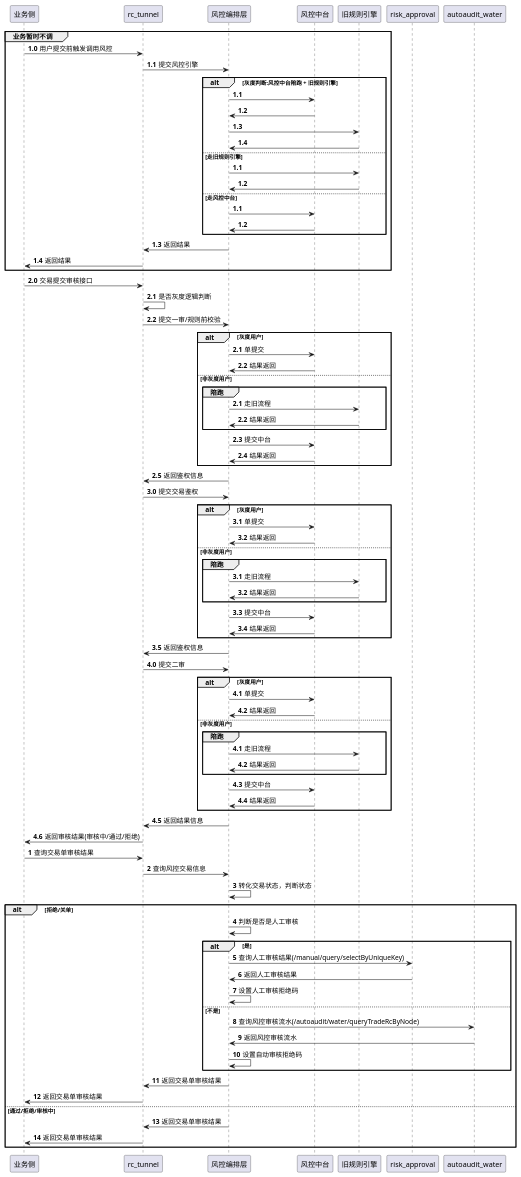
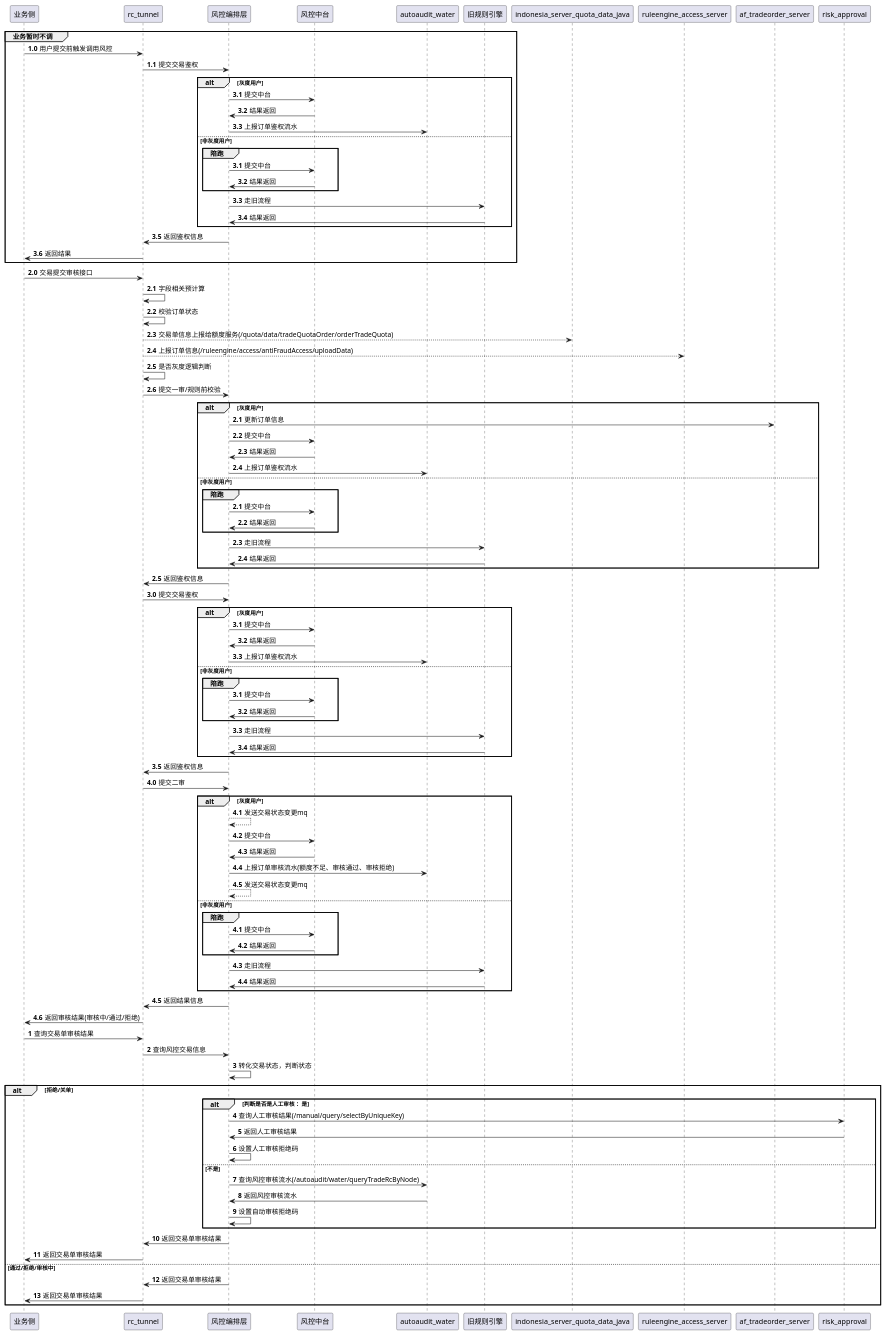
Before and after one commit to lujx98/algo: the diagram in random/src/main/java/com/p2/技术方案-p1流程设计.puml, drawn with PlantUML. The commit also changed 4 other files, not shown here.

```diff
--- a/random/src/main/java/com/p2/技术方案-p1流程设计.puml
+++ b/random/src/main/java/com/p2/技术方案-p1流程设计.puml
@@ -1,108 +1,130 @@
 @startuml
 'https://plantuml.com/sequence-diagram
 
 
 autonumber
 
 group 业务暂时不调
 autonumber 1.0
 业务侧 -> rc_tunnel:用户提交前触发调用风控
-rc_tunnel -> 风控编排层:提交风控引擎
-alt 灰度判断:风控中台陪跑 + 旧规则引擎
-    autonumber 1.1
-    风控编排层 -> 风控中台:
-    风控中台 -> 风控编排层:
-    风控编排层 -> 旧规则引擎:
-    旧规则引擎 -> 风控编排层:
-else 走旧规则引擎
-    autonumber 1.1
-    风控编排层 -> 旧规则引擎:
-    旧规则引擎 -> 风控编排层:
-else 走风控中台
-    autonumber 1.1
-    风控编排层 -> 风控中台:
-    风控中台 -> 风控编排层:
+rc_tunnel -> 风控编排层: 提交交易鉴权
+alt 灰度用户
+    autonumber 3.1
+    风控编排层 -> 风控中台:提交中台
+    风控中台 -> 风控编排层:结果返回
+    风控编排层 -> autoaudit_water:上报订单鉴权流水
+else 非灰度用户
+    autonumber 3.1
+    group 陪跑
+        风控编排层 -> 风控中台:提交中台
+        风控中台 -> 风控编排层:结果返回
+    end
+    风控编排层 -> 旧规则引擎:走旧流程
+    旧规则引擎 -> 风控编排层:结果返回
 end
-风控编排层 -> rc_tunnel: 返回结果
+风控编排层 -> rc_tunnel:返回鉴权信息
 rc_tunnel -> 业务侧: 返回结果
 end
 
 autonumber 2.0
 业务侧 -> rc_tunnel: 交易提交审核接口
+rc_tunnel -> rc_tunnel:字段相关预计算
+rc_tunnel -> rc_tunnel:校验订单状态
+rc_tunnel --> indonesia_server_quota_data_java:交易单信息上报给额度服务(/quota/data/tradeQuotaOrder/orderTradeQuota)
+rc_tunnel --> ruleengine_access_server:上报订单信息(/ruleengine/access/antiFraudAccess/uploadData)
 rc_tunnel -> rc_tunnel : 是否灰度逻辑判断
+
+
+
+
 rc_tunnel -> 风控编排层: 提交一审/规则前校验
 alt 灰度用户
     autonumber 2.1
-    风控编排层 -> 风控中台:单提交
+    风控编排层 -> af_tradeorder_server:更新订单信息
+    风控编排层 -> 风控中台:提交中台
     风控中台 -> 风控编排层:结果返回
+    风控编排层 -> autoaudit_water:上报订单鉴权流水
 else 非灰度用户
     autonumber 2.1
     group 陪跑
-        风控编排层 -> 旧规则引擎:走旧流程
-        旧规则引擎 -> 风控编排层:结果返回
+        风控编排层 -> 风控中台:提交中台
+        风控中台 -> 风控编排层:结果返回
     end
-    风控编排层 -> 风控中台:提交中台
-    风控中台 -> 风控编排层:结果返回
+    风控编排层 -> 旧规则引擎:走旧流程
+    旧规则引擎 -> 风控编排层:结果返回
 end
 风控编排层 -> rc_tunnel:返回鉴权信息
+
+
 
 
 
 autonumber 3.0
 rc_tunnel -> 风控编排层: 提交交易鉴权
 alt 灰度用户
     autonumber 3.1
-    风控编排层 -> 风控中台:单提交
+    风控编排层 -> 风控中台:提交中台
     风控中台 -> 风控编排层:结果返回
+    风控编排层 -> autoaudit_water:上报订单鉴权流水
 else 非灰度用户
     autonumber 3.1
     group 陪跑
-        风控编排层 -> 旧规则引擎:走旧流程
-        旧规则引擎 -> 风控编排层:结果返回
+        风控编排层 -> 风控中台:提交中台
+        风控中台 -> 风控编排层:结果返回
     end
-    风控编排层 -> 风控中台:提交中台
-    风控中台 -> 风控编排层:结果返回
+    风控编排层 -> 旧规则引擎:走旧流程
+    旧规则引擎 -> 风控编排层:结果返回
 end
 风控编排层 -> rc_tunnel:返回鉴权信息
+
+
+
+
 
 autonumber 4.0
 rc_tunnel -> 风控编排层: 提交二审
 alt 灰度用户
     autonumber 4.1
-    风控编排层 -> 风控中台:单提交
+    风控编排层 --> 风控编排层:发送交易状态变更mq
+    风控编排层 -> 风控中台:提交中台
     风控中台 -> 风控编排层:结果返回
+    风控编排层 -> autoaudit_water:上报订单审核流水(额度不足、审核通过、审核拒绝)
+    风控编排层 --> 风控编排层:发送交易状态变更mq
 else 非灰度用户
     autonumber 4.1
     group 陪跑
-        风控编排层 -> 旧规则引擎:走旧流程
-        旧规则引擎 -> 风控编排层:结果返回
+        风控编排层 -> 风控中台:提交中台
+        风控中台 -> 风控编排层:结果返回
     end
-    风控编排层 -> 风控中台:提交中台
-    风控中台 -> 风控编排层:结果返回
+    风控编排层 -> 旧规则引擎:走旧流程
+    旧规则引擎 -> 风控编排层:结果返回
 end
 风控编排层 -> rc_tunnel:返回结果信息
 rc_tunnel -> 业务侧: 返回审核结果(审核中/通过/拒绝)
+
+
 
 
 autonumber
 业务侧 -> rc_tunnel: 查询交易单审核结果
 rc_tunnel -> 风控编排层:查询风控交易信息
 风控编排层 -> 风控编排层:转化交易状态，判断状态
 alt 拒绝/关单
-    风控编排层 -> 风控编排层:判断是否是人工审核
-    alt 是
+    alt 判断是否是人工审核 ：是
         风控编排层 -> risk_approval:查询人工审核结果(/manual/query/selectByUniqueKey)
         risk_approval -> 风控编排层:返回人工审核结果
         风控编排层 -> 风控编排层:设置人工审核拒绝码
     else 不是
         风控编排层 -> autoaudit_water:查询风控审核流水(/autoaudit/water/queryTradeRcByNode)
         autoaudit_water -> 风控编排层:返回风控审核流水
         风控编排层 -> 风控编排层:设置自动审核拒绝码
     end
     风控编排层 -> rc_tunnel:返回交易单审核结果
     rc_tunnel -> 业务侧:返回交易单审核结果
 else 通过/拒绝/审核中
     风控编排层 -> rc_tunnel:返回交易单审核结果
     rc_tunnel -> 业务侧:返回交易单审核结果
 end
+
+
 @enduml
```
